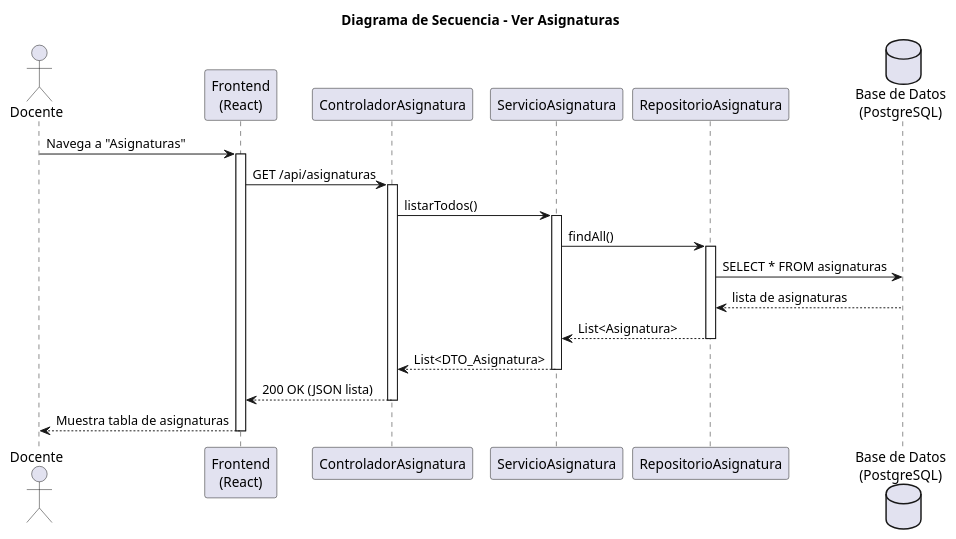
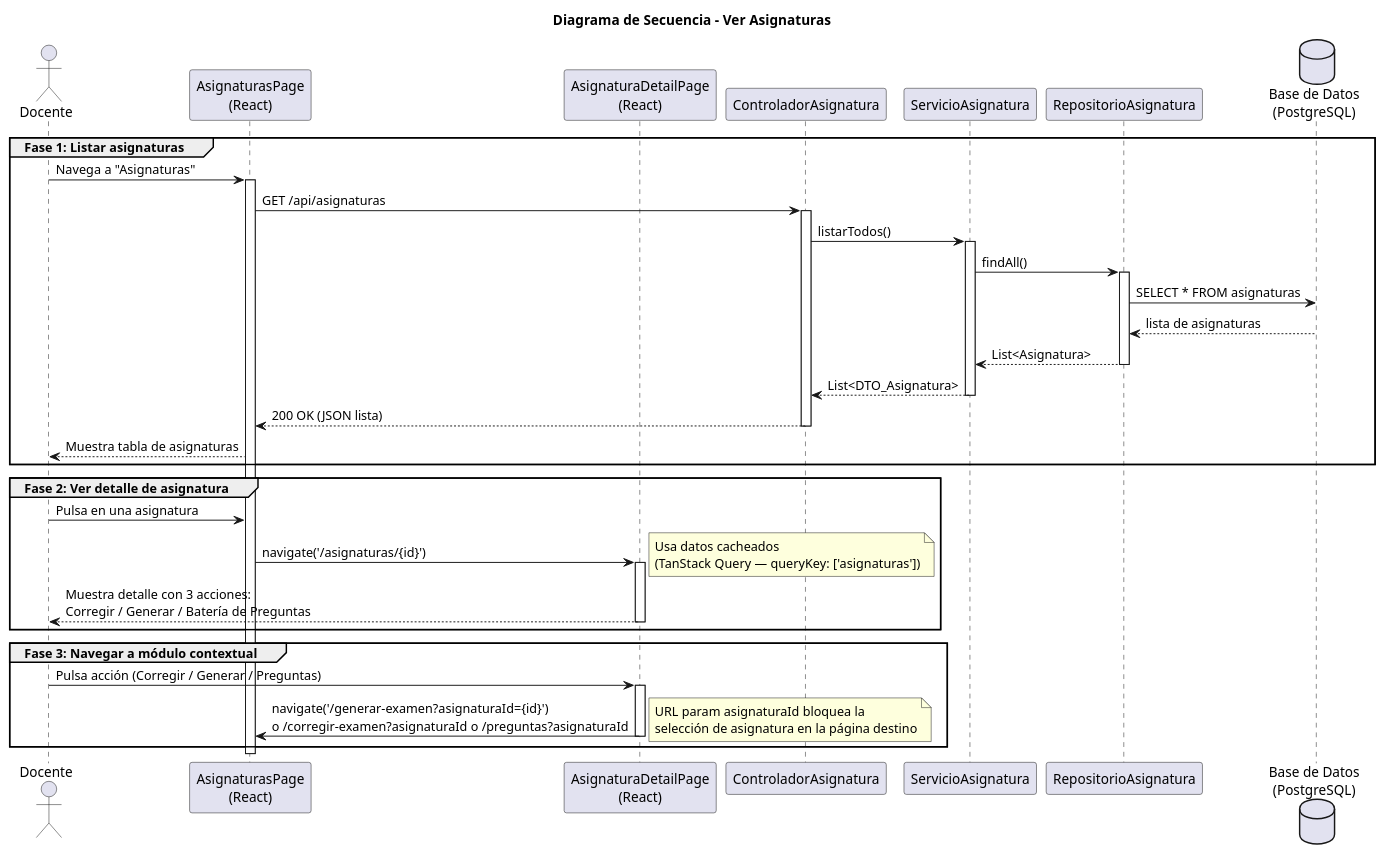
The diagram in RUP/02-diseño/casos-uso/CU-21-verAsignaturas/diseno-secuencia-CU-21-verAsignaturas.puml (liamanderson873/25-26-idsw2-sdVC), drawn with PlantUML before and after one commit. The commit also changed 12 other files, not shown here.

First line of the commit message:
docs(RUP): actualizar diagramas de análisis y diseño con páginas de detalle, batch cancel y revisión en pestaña propia

```diff
--- a/RUP/02-diseño/casos-uso/CU-21-verAsignaturas/diseno-secuencia-CU-21-verAsignaturas.puml
+++ b/RUP/02-diseño/casos-uso/CU-21-verAsignaturas/diseno-secuencia-CU-21-verAsignaturas.puml
@@ -1,36 +1,61 @@
 @startuml secuencia-cu21-ver-asignaturas
 title Diagrama de Secuencia - Ver Asignaturas
 
 actor "Docente" as Actor
-participant "Frontend\n(React)" as FE
+participant "AsignaturasPage\n(React)" as ListPage
+participant "AsignaturaDetailPage\n(React)" as DetailPage
 participant "ControladorAsignatura" as Controller
 participant "ServicioAsignatura" as Service
 participant "RepositorioAsignatura" as RepoAsig
 database "Base de Datos\n(PostgreSQL)" as DB
 
-Actor -> FE : Navega a "Asignaturas"
-activate FE
+group Fase 1: Listar asignaturas
+    Actor -> ListPage : Navega a "Asignaturas"
+    activate ListPage
 
-FE -> Controller : GET /api/asignaturas
-activate Controller
+    ListPage -> Controller : GET /api/asignaturas
+    activate Controller
 
-Controller -> Service : listarTodos()
-activate Service
+    Controller -> Service : listarTodos()
+    activate Service
 
-Service -> RepoAsig : findAll()
-activate RepoAsig
-RepoAsig -> DB : SELECT * FROM asignaturas
-DB --> RepoAsig : lista de asignaturas
-RepoAsig --> Service : List<Asignatura>
-deactivate RepoAsig
+    Service -> RepoAsig : findAll()
+    activate RepoAsig
+    RepoAsig -> DB : SELECT * FROM asignaturas
+    DB --> RepoAsig : lista de asignaturas
+    RepoAsig --> Service : List<Asignatura>
+    deactivate RepoAsig
 
-Service --> Controller : List<DTO_Asignatura>
-deactivate Service
+    Service --> Controller : List<DTO_Asignatura>
+    deactivate Service
 
-Controller --> FE : 200 OK (JSON lista)
-deactivate Controller
+    Controller --> ListPage : 200 OK (JSON lista)
+    deactivate Controller
 
-FE --> Actor : Muestra tabla de asignaturas
-deactivate FE
+    ListPage --> Actor : Muestra tabla de asignaturas
+end
+
+group Fase 2: Ver detalle de asignatura
+    Actor -> ListPage : Pulsa en una asignatura
+
+    ListPage -> DetailPage : navigate('/asignaturas/{id}')
+    activate DetailPage
+    note right : Usa datos cacheados\n(TanStack Query — queryKey: ['asignaturas'])
+
+    DetailPage --> Actor : Muestra detalle con 3 acciones:\nCorregir / Generar / Batería de Preguntas
+    deactivate DetailPage
+end
+
+group Fase 3: Navegar a módulo contextual
+    Actor -> DetailPage : Pulsa acción (Corregir / Generar / Preguntas)
+    activate DetailPage
+
+    DetailPage -> ListPage : navigate('/generar-examen?asignaturaId={id}')\no /corregir-examen?asignaturaId o /preguntas?asignaturaId
+    note right : URL param asignaturaId bloquea la\nselección de asignatura en la página destino
+
+    deactivate DetailPage
+end
+
+deactivate ListPage
 
 @enduml
```
